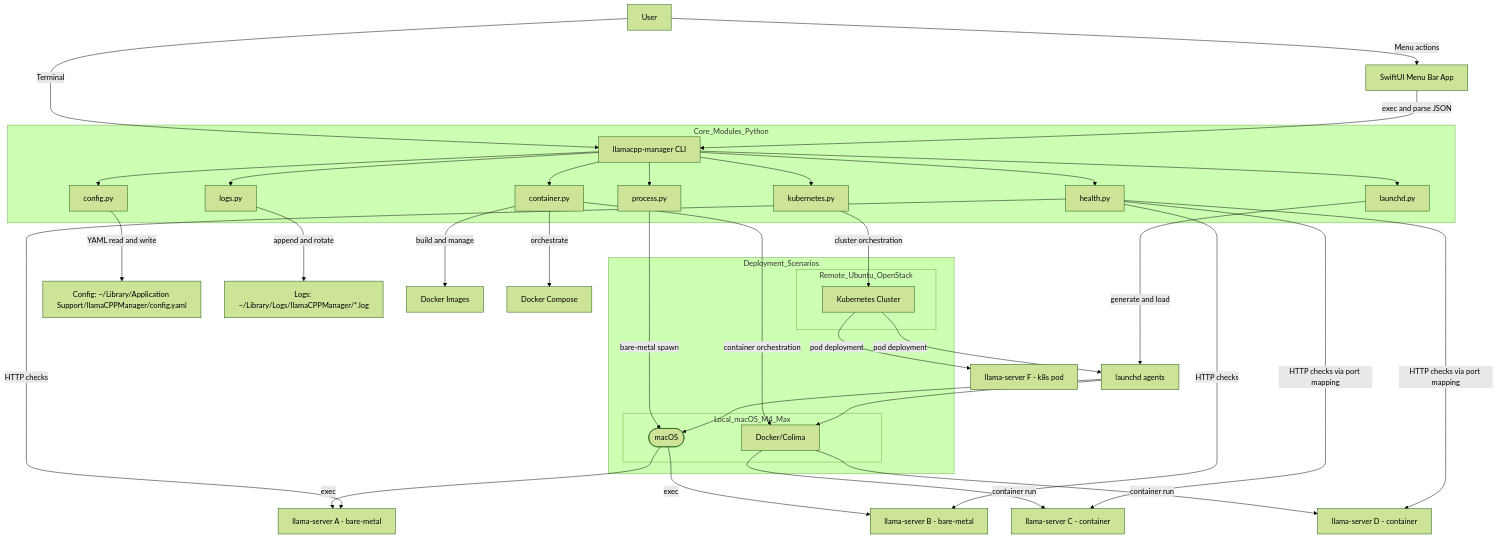
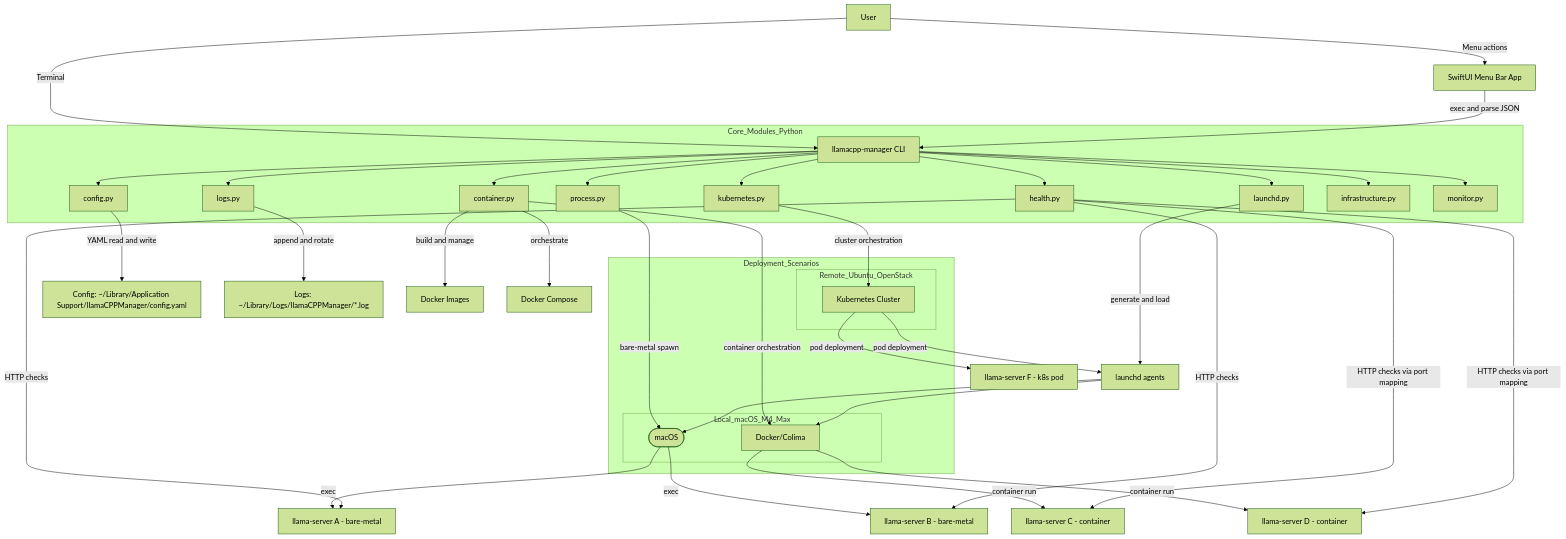
Before and after one commit to arionrepo/llamaCPPManager: the first of 6 diagrams in docs/design.md, drawn with Mermaid (forest theme). The commit also changed other lines of this file and 1 other file, not shown here.

First paragraph of the commit message:
docs: comprehensive update to design.md and user-manual.md
Updated core documentation to include infrastructure management, health
monitoring, and auto-start capabilities added in Phases 1-4.

````diff
--- a/docs/design.md
+++ b/docs/design.md
@@ -8,50 +8,52 @@
 ```mermaid
 graph TD
   U[User] -->|Menu actions| GUI[SwiftUI Menu Bar App]
   U -->|Terminal| CLI[llamacpp-manager CLI]
 
   subgraph Core_Modules_Python
     CLI --> CFG[config.py]
     CLI --> PROC[process.py]
     CLI --> H[health.py]
     CLI --> L[logs.py]
     CLI --> LD[launchd.py]
     CLI --> CONT[container.py]
     CLI --> K8S[kubernetes.py]
+    CLI --> INFRA[infrastructure.py]
+    CLI --> MON[monitor.py]
   end
 
   GUI -->|exec and parse JSON| CLI
 
   CFG -->|YAML read and write| Y[Config: ~/Library/Application Support/llamaCPPManager/config.yaml]
   L -->|append and rotate| LOGS[Logs: ~/Library/Logs/llamaCPPManager/*.log]
 
   subgraph Deployment_Scenarios
     subgraph Local_macOS_M4_Max
       PROC -->|bare-metal spawn| OS([macOS])
       CONT -->|container orchestration| DOCKER[Docker/Colima]
     end
 
     subgraph Remote_Ubuntu_OpenStack
       K8S -->|cluster orchestration| CLUSTER[Kubernetes Cluster]
     end
   end
 
   OS -->|exec| S1[llama-server A - bare-metal]
   OS -->|exec| S2[llama-server B - bare-metal]
   DOCKER -->|container run| C1[llama-server C - container]
   DOCKER -->|container run| C2[llama-server D - container]
   CLUSTER -->|pod deployment| P1[llama-server E - k8s pod]
   CLUSTER -->|pod deployment| P2[llama-server F - k8s pod]
 
   LD -->|generate and load| P1[launchd agents]
   P1 --> OS
   P1 --> DOCKER
 
   H -->|HTTP checks| S1
   H -->|HTTP checks| S2
   H -->|HTTP checks via port mapping| C1
   H -->|HTTP checks via port mapping| C2
 
   CONT -->|build and manage| IMG[Docker Images]
   CONT -->|orchestrate| COMPOSE[Docker Compose]
 ```
````
